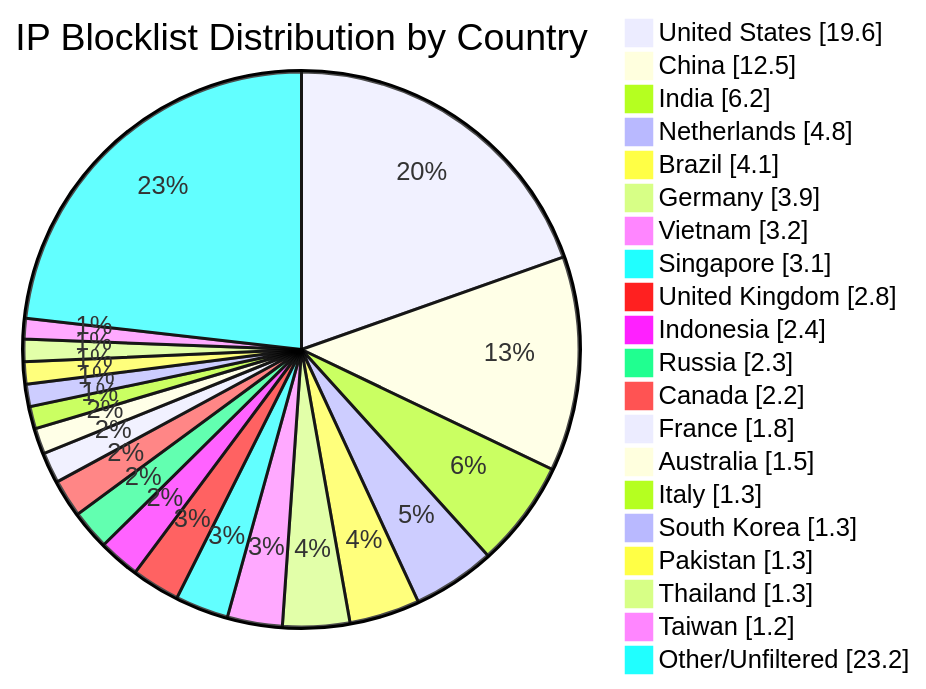
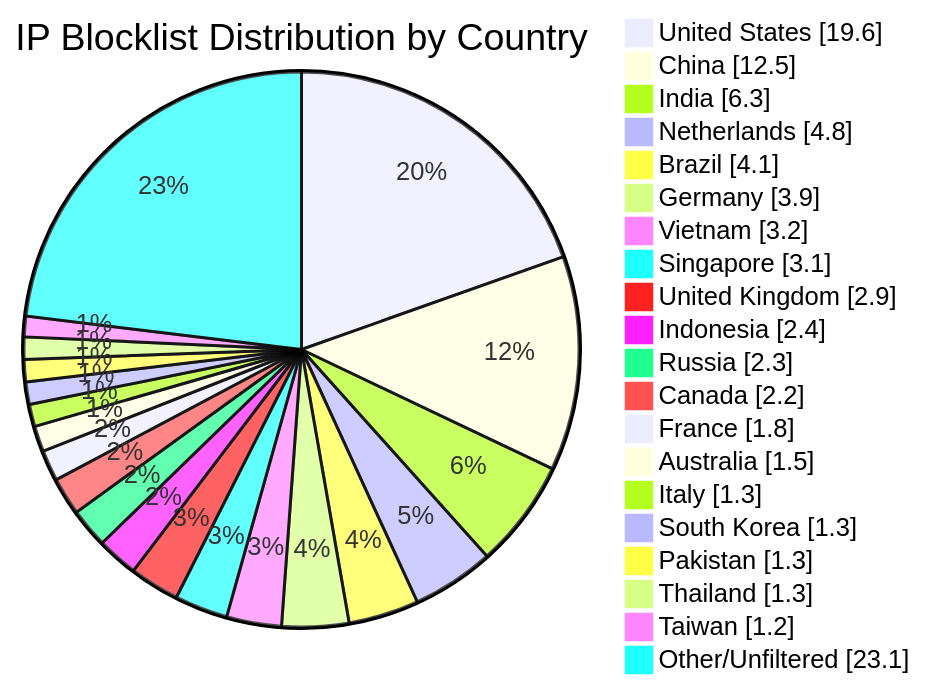
Before and after one commit to dewdmadbro/ip-blocklist-dewd: the diagram in README.md, drawn with Mermaid. The commit also changed other lines of this file and 53 other files, not shown here.

````diff
--- a/README.md
+++ b/README.md
@@ -34,23 +34,23 @@
 ```mermaid
 pie showData title IP Blocklist Distribution by Country
 "United States" : 19.6
 "China" : 12.5
-"India" : 6.2
+"India" : 6.3
 "Netherlands" : 4.8
 "Brazil" : 4.1
 "Germany" : 3.9
 "Vietnam" : 3.2
 "Singapore" : 3.1
-"United Kingdom" : 2.8
+"United Kingdom" : 2.9
 "Indonesia" : 2.4
 "Russia" : 2.3
 "Canada" : 2.2
 "France" : 1.8
 "Australia" : 1.5
 "Italy" : 1.3
 "South Korea" : 1.3
 "Pakistan" : 1.3
 "Thailand" : 1.3
 "Taiwan" : 1.2
-"Other/Unfiltered" : 23.2
+"Other/Unfiltered" : 23.1
 ```
````
